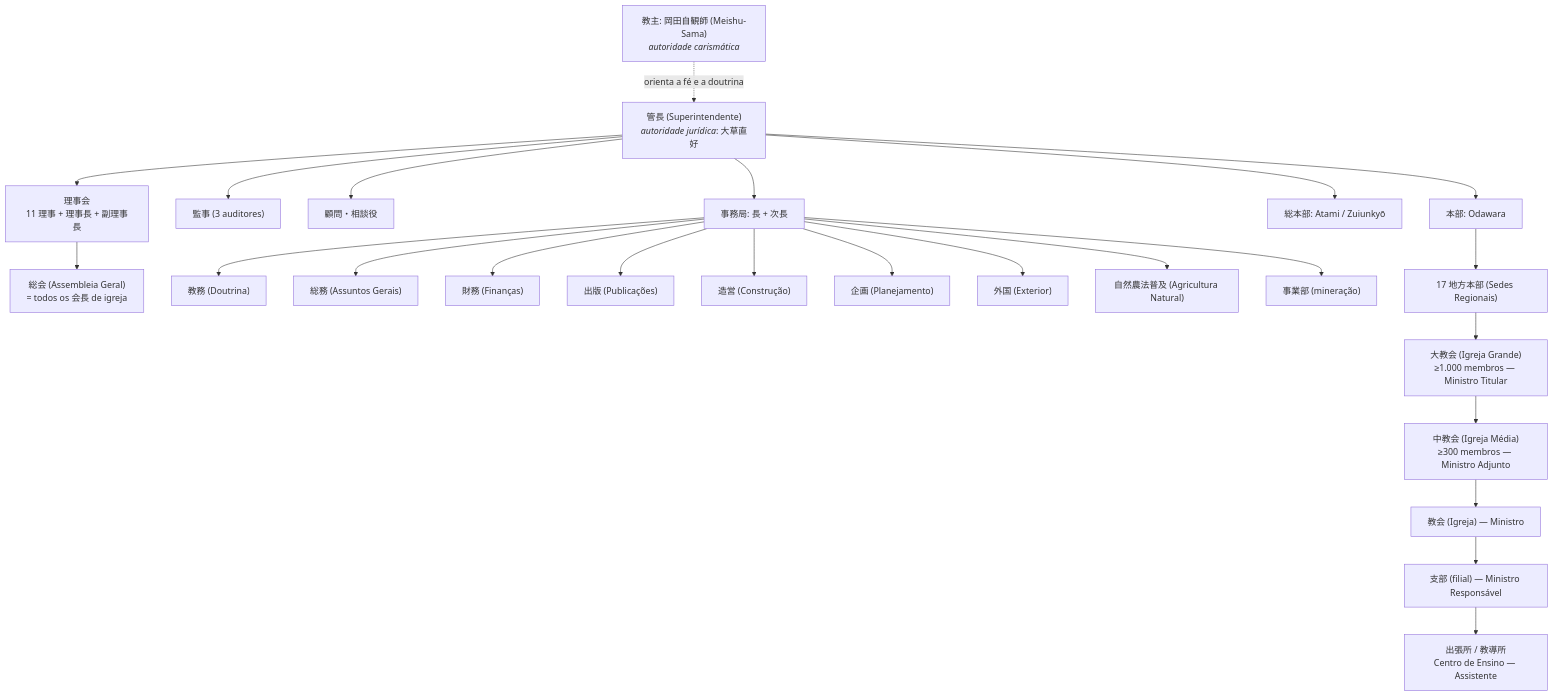
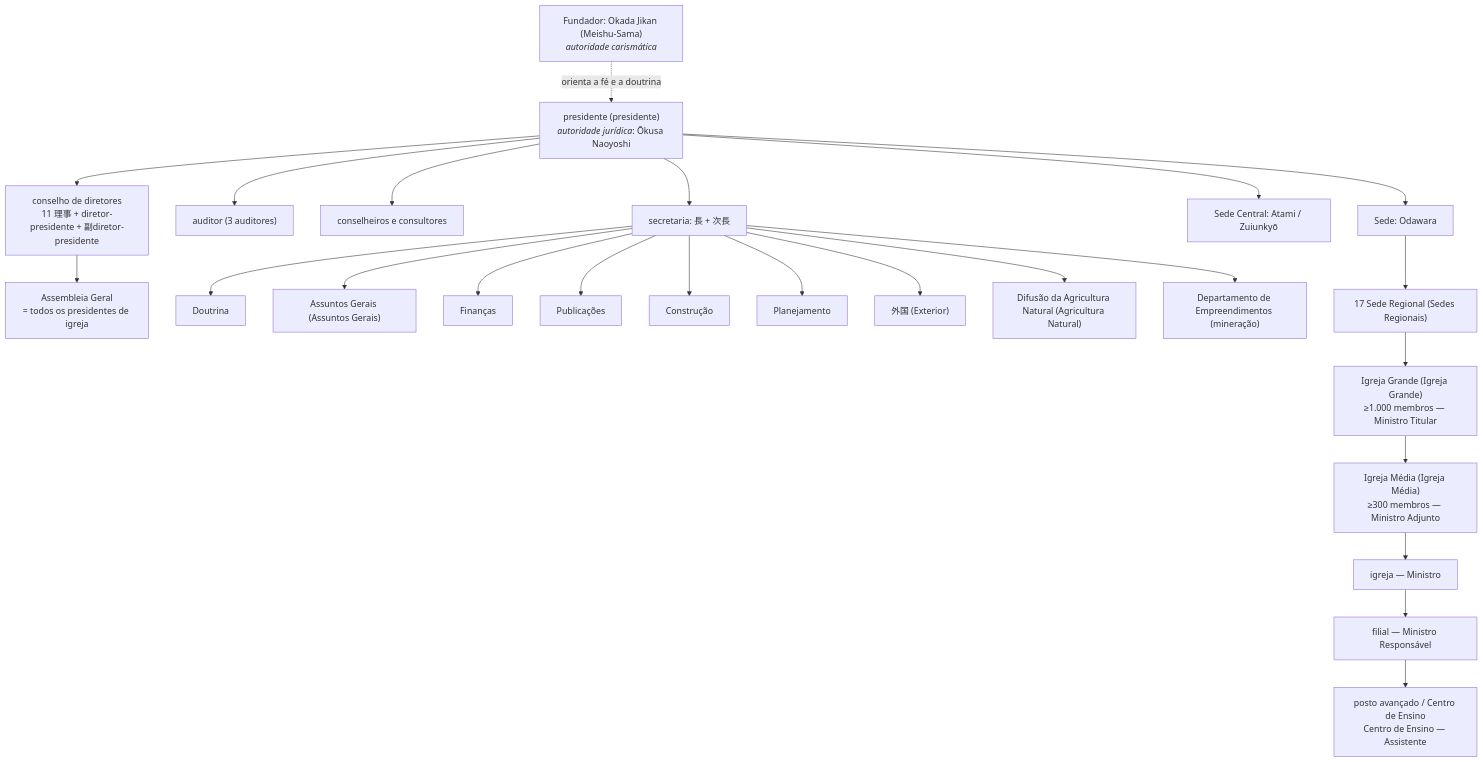
The diagram in docs/DOSSIE_PARTE_III_DOUTRINA_ECONOMIA_E_HIERARQUIA_20261013.md (conversecommeishusama/assistente-meishu-sama), drawn with Mermaid before and after one commit. The commit also changed other lines of this file and 32 other files, not shown here.

````diff
--- a/docs/DOSSIE_PARTE_III_DOUTRINA_ECONOMIA_E_HIERARQUIA_20261013.md
+++ b/docs/DOSSIE_PARTE_III_DOUTRINA_ECONOMIA_E_HIERARQUIA_20261013.md
@@ -146,27 +146,27 @@
 ```mermaid
 %% caption: Organograma — 1951–1955
 graph TD
-    A["教主: 岡田自観師 (Meishu-Sama)<br/><i>autoridade carismática</i>"] -.->|orienta a fé e a doutrina| B
-    B["管長 (Superintendente)<br/><i>autoridade jurídica</i>: 大草直好"] --> C["理事会<br/>11 理事 + 理事長 + 副理事長"]
-    B --> D["監事 (3 auditores)"]
-    B --> E["顧問・相談役"]
-    C --> F["総会 (Assembleia Geral)<br/>= todos os 会長 de igreja"]
-    B --> G["事務局: 長 + 次長"]
-    G --> H["教務 (Doutrina)"]
-    G --> I["総務 (Assuntos Gerais)"]
-    G --> J["財務 (Finanças)"]
-    G --> K["出版 (Publicações)"]
-    G --> L["造営 (Construção)"]
-    G --> M["企画 (Planejamento)"]
-    G --> N["外国 (Exterior)"]
-    G --> O["自然農法普及 (Agricultura Natural)"]
-    G --> P["事業部 (mineração)"]
-    B --> Q["総本部: Atami / Zuiunkyō"]
-    B --> R["本部: Odawara"]
-    R --> S["17 地方本部 (Sedes Regionais)"]
-    S --> T["大教会 (Igreja Grande)<br/>≥1.000 membros — Ministro Titular"]
-    T --> U["中教会 (Igreja Média)<br/>≥300 membros — Ministro Adjunto"]
-    U --> V["教会 (Igreja) — Ministro"]
-    V --> W["支部 (filial) — Ministro Responsável"]
-    W --> X["出張所 / 教導所<br/>Centro de Ensino — Assistente"]
+ A["Fundador: Okada Jikan (Meishu-Sama)<br/><i>autoridade carismática</i>"] -.->|orienta a fé e a doutrina| B
+ B["presidente (presidente)<br/><i>autoridade jurídica</i>: Ōkusa Naoyoshi"] --> C["conselho de diretores<br/>11 理事 + diretor-presidente + 副diretor-presidente"]
+ B --> D["auditor (3 auditores)"]
+ B --> E["conselheiros e consultores"]
+ C --> F["Assembleia Geral<br/>= todos os presidentes de igreja"]
+ B --> G["secretaria: 長 + 次長"]
+ G --> H["Doutrina"]
+ G --> I["Assuntos Gerais (Assuntos Gerais)"]
+ G --> J["Finanças"]
+ G --> K["Publicações"]
+ G --> L["Construção"]
+ G --> M["Planejamento"]
+ G --> N["外国 (Exterior)"]
+ G --> O["Difusão da Agricultura Natural (Agricultura Natural)"]
+ G --> P["Departamento de Empreendimentos (mineração)"]
+ B --> Q["Sede Central: Atami / Zuiunkyō"]
+ B --> R["Sede: Odawara"]
+ R --> S["17 Sede Regional (Sedes Regionais)"]
+ S --> T["Igreja Grande (Igreja Grande)<br/>≥1.000 membros — Ministro Titular"]
+ T --> U["Igreja Média (Igreja Média)<br/>≥300 membros — Ministro Adjunto"]
+ U --> V["igreja — Ministro"]
+ V --> W["filial — Ministro Responsável"]
+ W --> X["posto avançado / Centro de Ensino<br/>Centro de Ensino — Assistente"]
 ```
````
